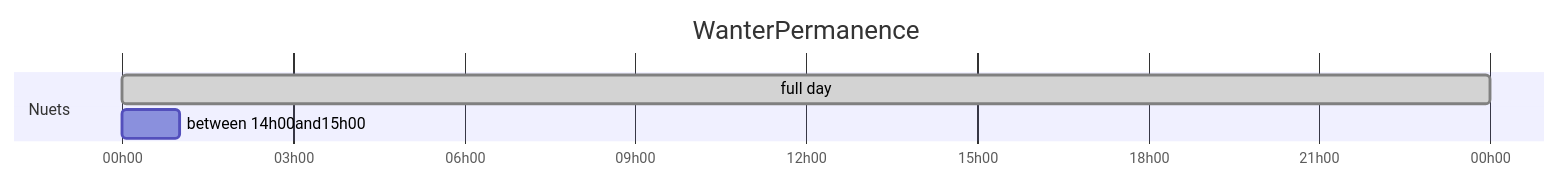
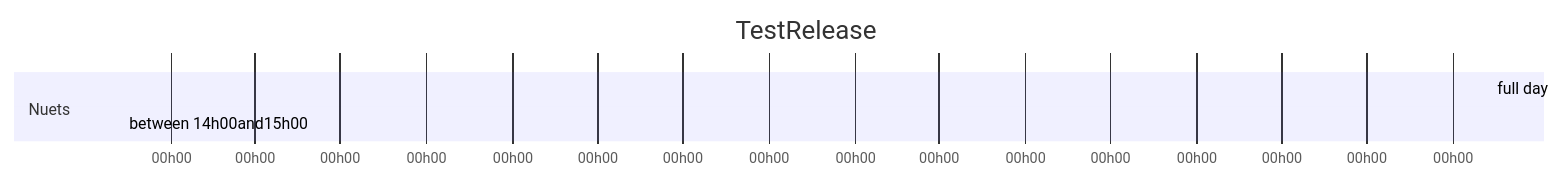
One commit to xoopscube/documentation changed the second of 4 diagrams in en/development/git-workflow.md. Above: the diagram before and after it, drawn with Mermaid. The commit also changed other lines of this file and 12 other files, not shown here.

````diff
--- a/en/development/git-workflow.md
+++ b/en/development/git-workflow.md
@@ -65,9 +154,9 @@
 ```mermaid
 gantt
 dateFormat YYYY-MM-DD
 axisFormat %Hh%M
-title WanterPermanence
+title TestRelease
 section Nuets
-full day: done, 2018-11-01,24h
-between 14h00and15h00 :2018-11-01, 1h
+full day: done, 2022-11-10, 12h
+between 14h00and15h00 :2018-11-10, 2h
 ```
````
